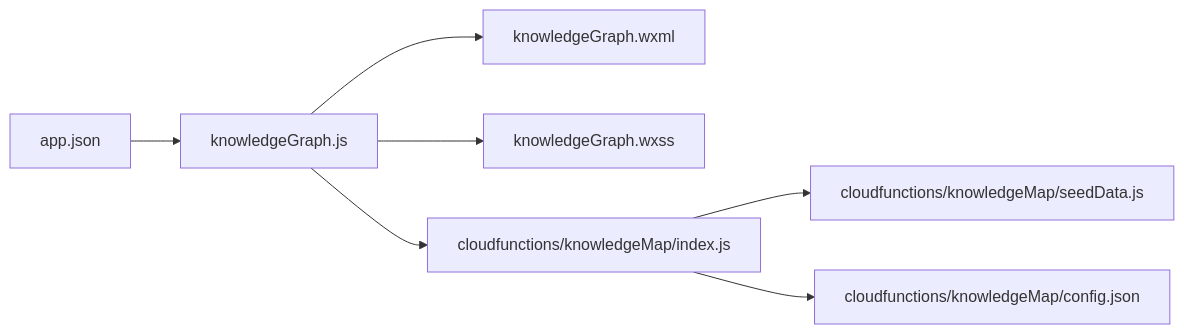
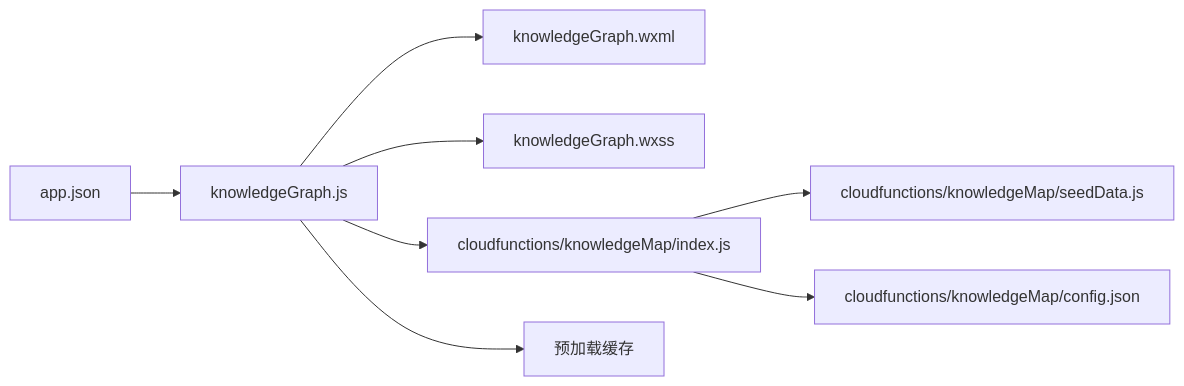
One commit to cwb7756/bio changed the sixth of 6 diagrams in .qoder/repowiki/zh/content/UI组件库/知识图谱可视化组件.md. Above: the diagram before and after it, drawn with Mermaid. The commit also changed other lines of this file and 35 other files, not shown here.

````diff
--- a/.qoder/repowiki/zh/content/UI组件库/知识图谱可视化组件.md
+++ b/.qoder/repowiki/zh/content/UI组件库/知识图谱可视化组件.md
@@ -218,9 +272,10 @@
 ```mermaid
 graph LR
 App["app.json"] --> PageJS["knowledgeGraph.js"]
 PageJS --> PageWXML["knowledgeGraph.wxml"]
 PageJS --> PageWXSS["knowledgeGraph.wxss"]
 PageJS --> CloudFunc["cloudfunctions/knowledgeMap/index.js"]
+PageJS --> Cache["预加载缓存"]
 CloudFunc --> Seed["cloudfunctions/knowledgeMap/seedData.js"]
 CloudFunc --> Cfg["cloudfunctions/knowledgeMap/config.json"]
 ```
````
